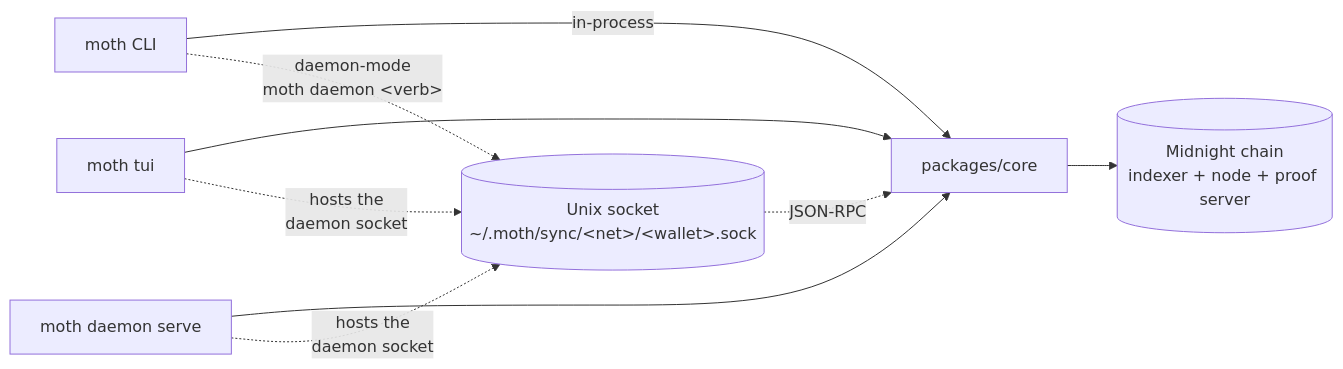
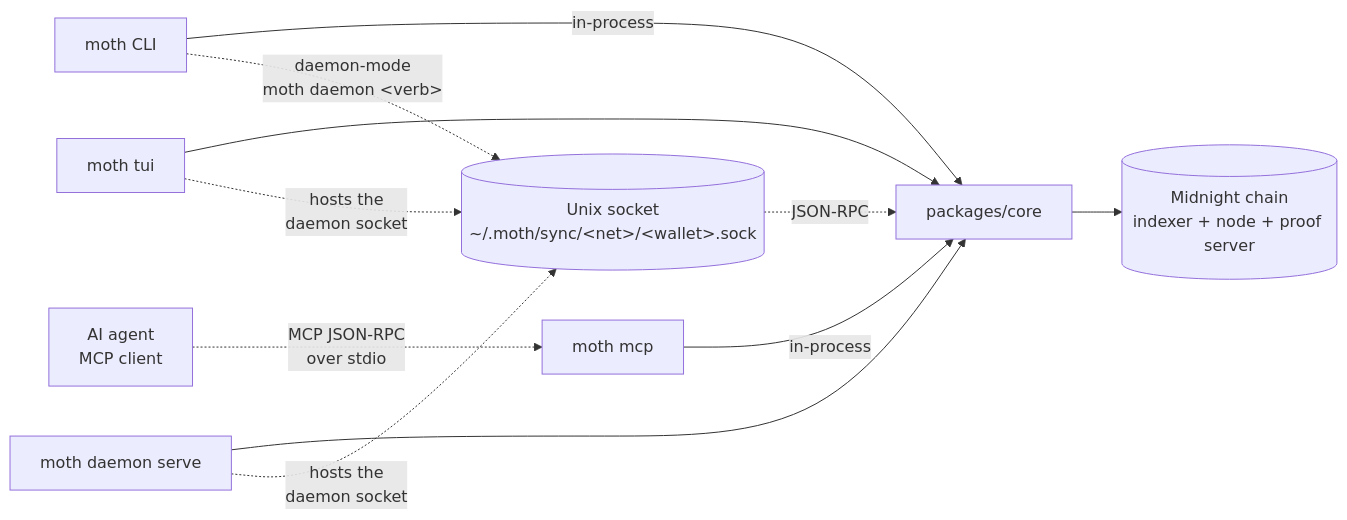
Before and after one commit to shieldedtech/moth-wallet: the first of 4 diagrams in docs/spec/wallet-service/COMMANDS.md, drawn with Mermaid. The commit also changed other lines of this file and 20 other files, not shown here.

First line of the commit message:
Add MCP server: moth mcp serves the wallet to AI agents

````diff
--- a/docs/spec/wallet-service/COMMANDS.md
+++ b/docs/spec/wallet-service/COMMANDS.md
@@ -14,18 +14,22 @@
 ```mermaid
 graph LR
   CLI[moth CLI]
   TUI[moth tui]
   Svc[moth daemon serve]
+  MCP[moth mcp]
+  Agent[AI agent<br>MCP client]
   Core[packages/core]
   Sock[(Unix socket<br>~/.moth/sync/&lt;net&gt;/&lt;wallet&gt;.sock)]
   Chain[(Midnight chain<br>indexer + node + proof server)]
 
   CLI -->|in-process| Core
   CLI -.->|daemon-mode<br>moth daemon &lt;verb&gt;| Sock
   TUI --> Core
   TUI -.->|hosts the<br>daemon socket| Sock
   Svc --> Core
   Svc -.->|hosts the<br>daemon socket| Sock
+  Agent -.->|MCP JSON-RPC<br>over stdio| MCP
+  MCP -->|in-process| Core
   Sock -.->|JSON-RPC| Core
   Core --> Chain
 ```
````
